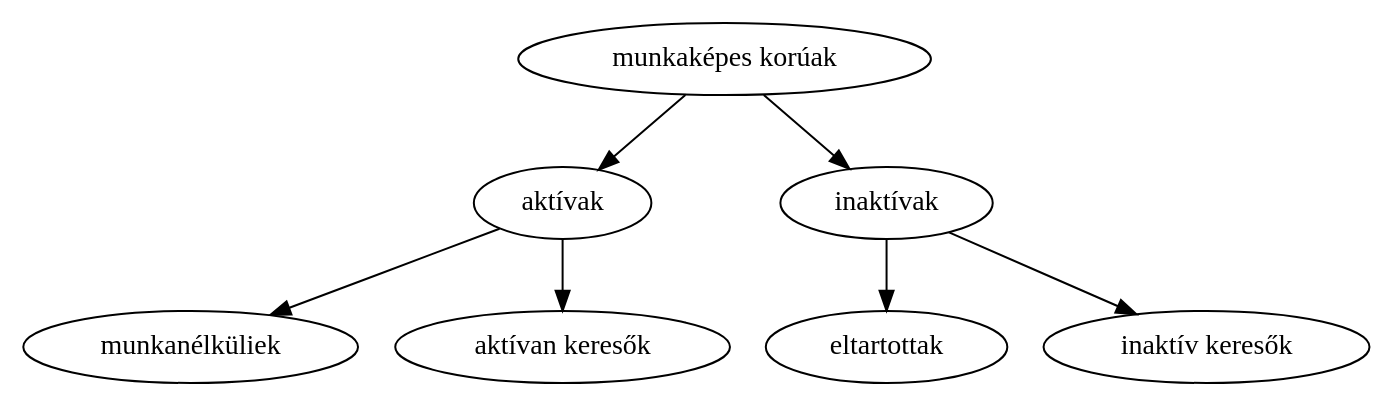
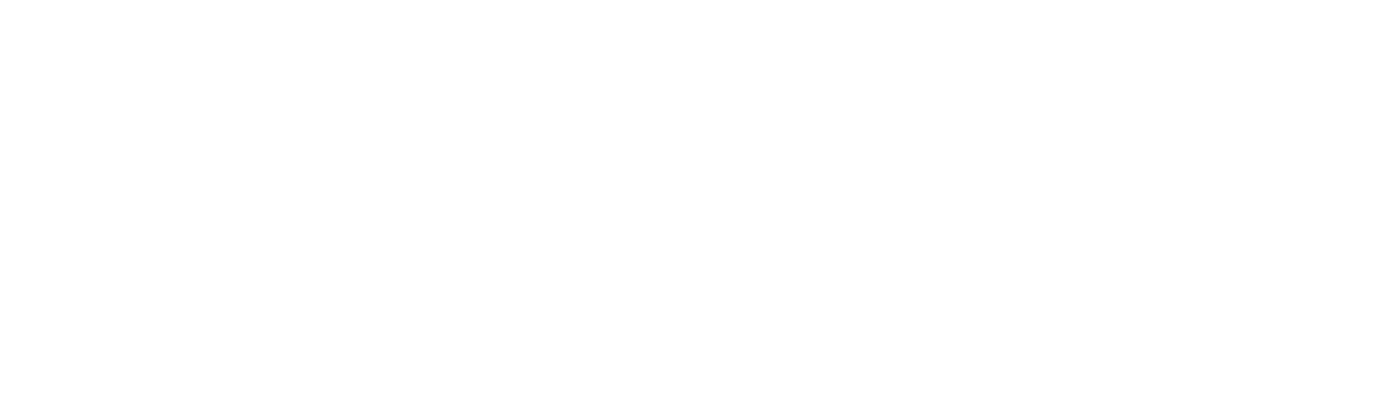
Before and after one commit to MatyasAkos/Jegyzet: the diagram in Föci/2. Vallási összetétel.md, drawn with Graphviz. The commit also changed other lines of this file and 1 other file, not shown here.

Commit message:
vault backup: 2025-12-14 19:23:32

````diff
--- a/Föci/2. Vallási összetétel.md
+++ b/Föci/2. Vallási összetétel.md
@@ -55,10 +55,15 @@
 ```dot
 digraph G{
+bgcolor=invis;
+graph [color=white];
+node  [color=white, fontcolor=white];
+edge  [color=white, fontcolor=white];
+
 "munkaképes korúak" -> "aktívak";
 "aktívak" -> "munkanélküliek";
 "aktívak" -> "aktívan keresők";
 "munkaképes korúak" -> "inaktívak";
 "inaktívak" -> "eltartottak";
 "inaktívak" -> "inaktív keresők";
 }
 ```
````
